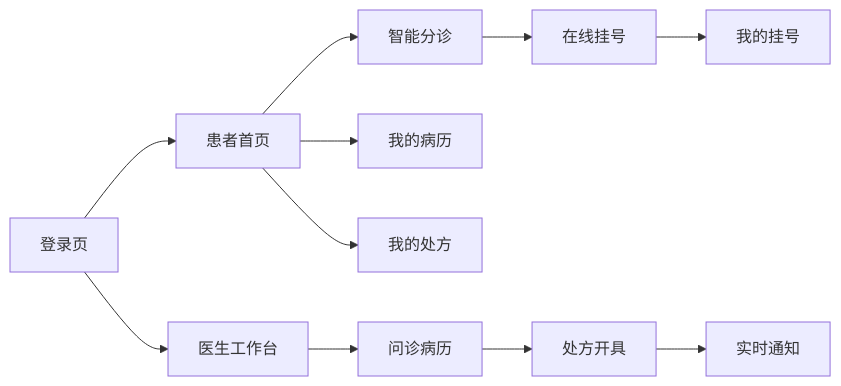
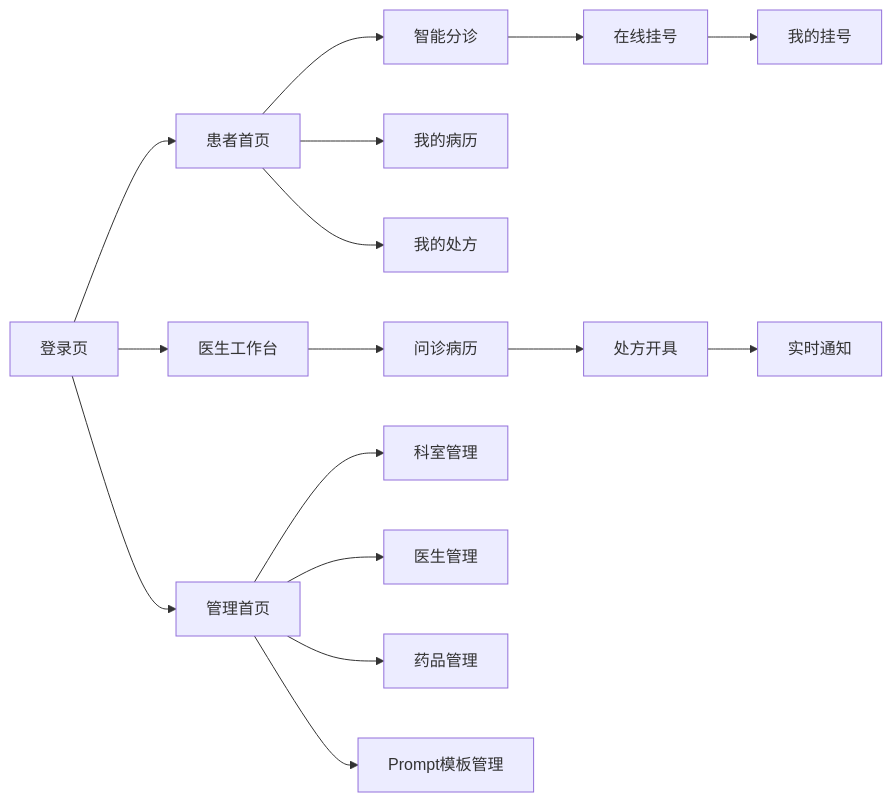
One commit to cloudydreamland/smart_cloud_brain changed the diagram in docs/08-ui-interaction.md. Above: the diagram before and after it, drawn with Mermaid. The commit also changed other lines of this file and 9 other files, not shown here.

````diff
--- a/docs/08-ui-interaction.md
+++ b/docs/08-ui-interaction.md
@@ -22,13 +27,18 @@
 ```mermaid
 flowchart LR
   Login[登录页] --> PatientHome[患者首页]
   Login --> DoctorWorkbench[医生工作台]
+  Login --> AdminHome[管理首页]
   PatientHome --> Triage[智能分诊]
   Triage --> Registration[在线挂号]
   Registration --> MyRegs[我的挂号]
   PatientHome --> MyRecords[我的病历]
   PatientHome --> MyPrescriptions[我的处方]
   DoctorWorkbench --> Record[问诊病历]
   Record --> Prescription[处方开具]
   Prescription --> Notification[实时通知]
+  AdminHome --> Departments[科室管理]
+  AdminHome --> Doctors[医生管理]
+  AdminHome --> Drugs[药品管理]
+  AdminHome --> Prompts[Prompt模板管理]
 ```
````
